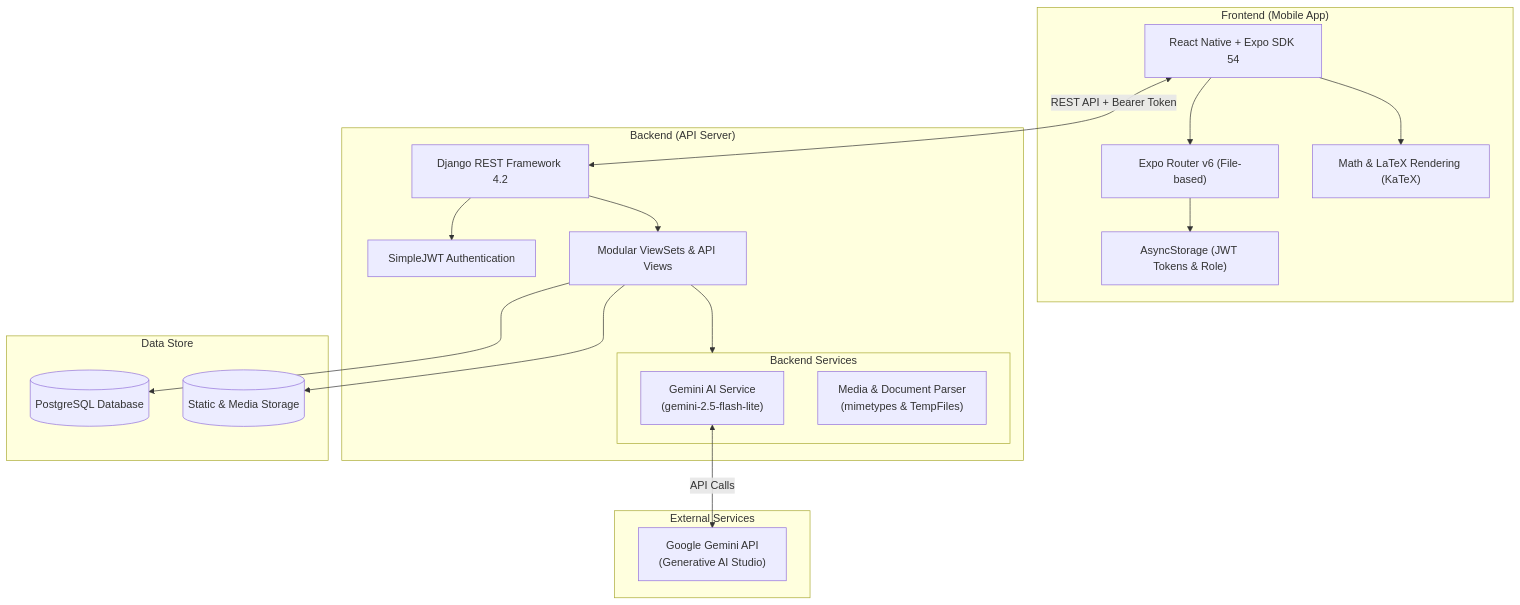
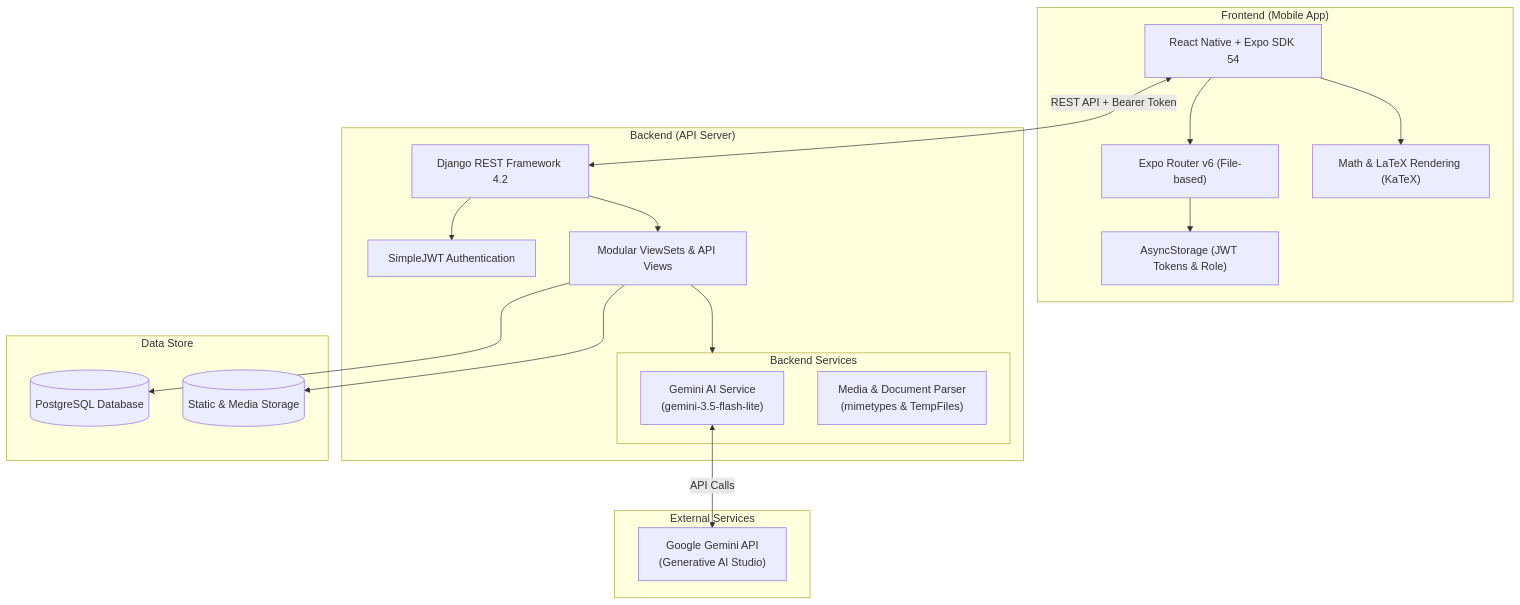
One commit to andikamaskar/Guruku-AI changed the diagram in README.md. Above: the diagram before and after it, drawn with Mermaid. The commit also changed 33 other files, not shown here.

````diff
--- a/README.md
+++ b/README.md
@@ -21,40 +21,40 @@
 ```mermaid
 graph TD
     subgraph Client ["Frontend (Mobile App)"]
         UI["React Native + Expo SDK 54"]
         Nav["Expo Router v6 (File-based)"]
         Katex["Math & LaTeX Rendering (KaTeX)"]
         Storage["AsyncStorage (JWT Tokens & Role)"]
     end
 
     subgraph Server ["Backend (API Server)"]
         DRF["Django REST Framework 4.2"]
         JWT["SimpleJWT Authentication"]
         Views["Modular ViewSets & API Views"]
         
         subgraph Services ["Backend Services"]
-            GeminiService["Gemini AI Service\n(gemini-2.5-flash-lite)"]
+            GeminiService["Gemini AI Service\n(gemini-3.5-flash-lite)"]
             MediaHandler["Media & Document Parser\n(mimetypes & TempFiles)"]
         end
     end
 
     subgraph Database ["Data Store"]
         Postgres[(PostgreSQL Database)]
         Media[(Static & Media Storage)]
     end
 
     subgraph External ["External Services"]
         GoogleAI["Google Gemini API\n(Generative AI Studio)"]
     end
 
     UI --> Nav
     Nav --> Storage
     UI --> Katex
     UI <-->|REST API + Bearer Token| DRF
     DRF --> JWT
     DRF --> Views
     Views --> Postgres
     Views --> Media
     Views --> Services
     GeminiService <-->|API Calls| GoogleAI
 ```
````
